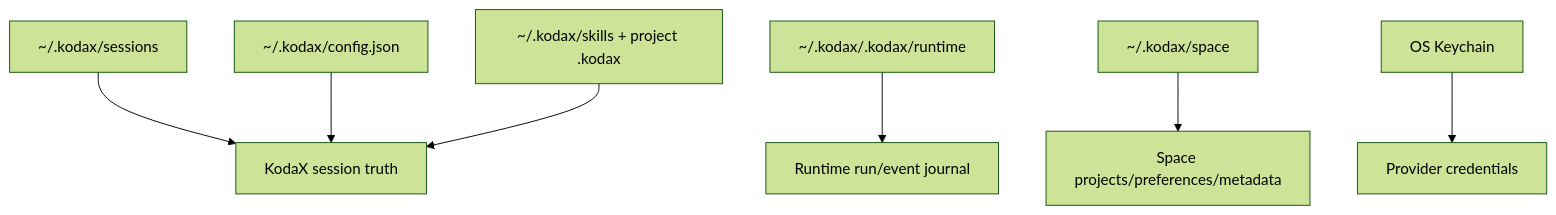
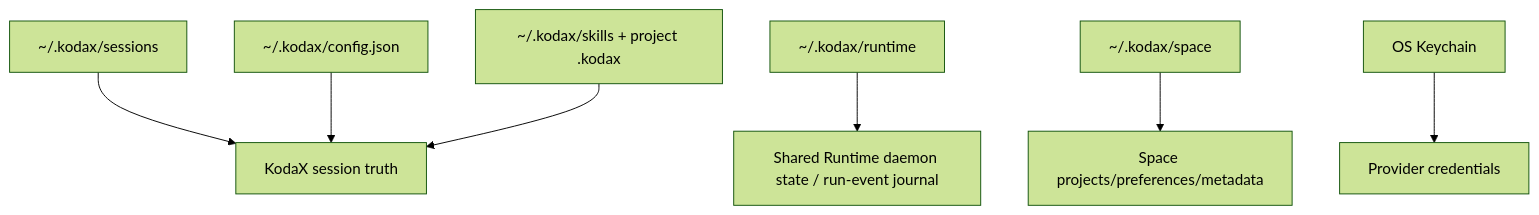
The sixth of 6 diagrams in docs/USER_MANUAL.zh-CN.md (icetomoyo/KodaX-Space), drawn with Mermaid (forest theme) before and after one commit. The commit also changed other lines of this file and 16 other files, not shown here.

````diff
--- a/docs/USER_MANUAL.zh-CN.md
+++ b/docs/USER_MANUAL.zh-CN.md
@@ -382,9 +427,9 @@
 ```mermaid
 flowchart TD
     Session["~/.kodax/sessions"] --> K["KodaX session truth"]
     Config["~/.kodax/config.json"] --> K
     Skills["~/.kodax/skills + project .kodax"] --> K
-    Runtime["~/.kodax/.kodax/runtime"] --> Events["Runtime run/event journal"]
+    Runtime["~/.kodax/runtime"] --> Events["Shared Runtime daemon state / run-event journal"]
     Space["~/.kodax/space"] --> UI["Space projects/preferences/metadata"]
     Keychain["OS Keychain"] --> Secret["Provider credentials"]
 ```
````
